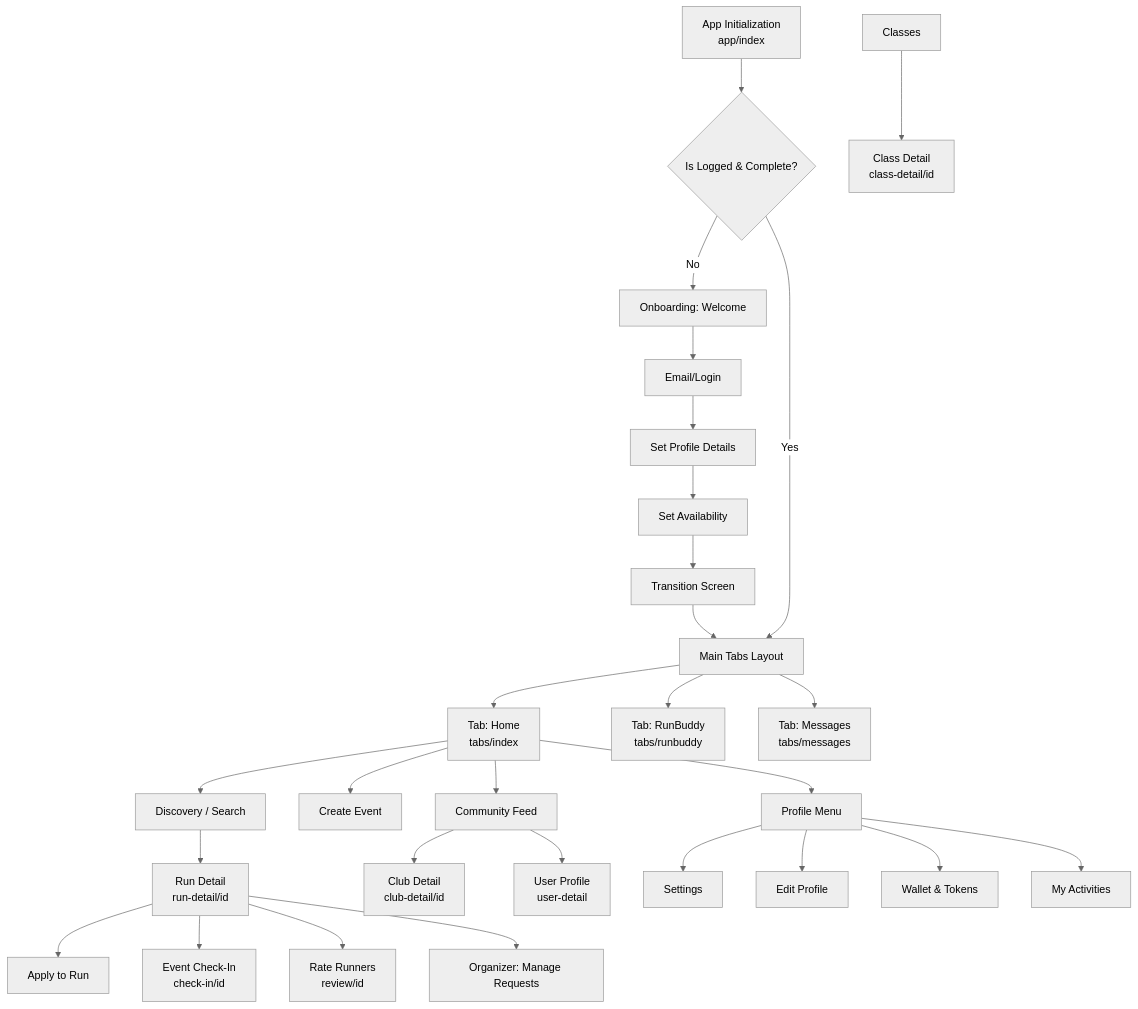
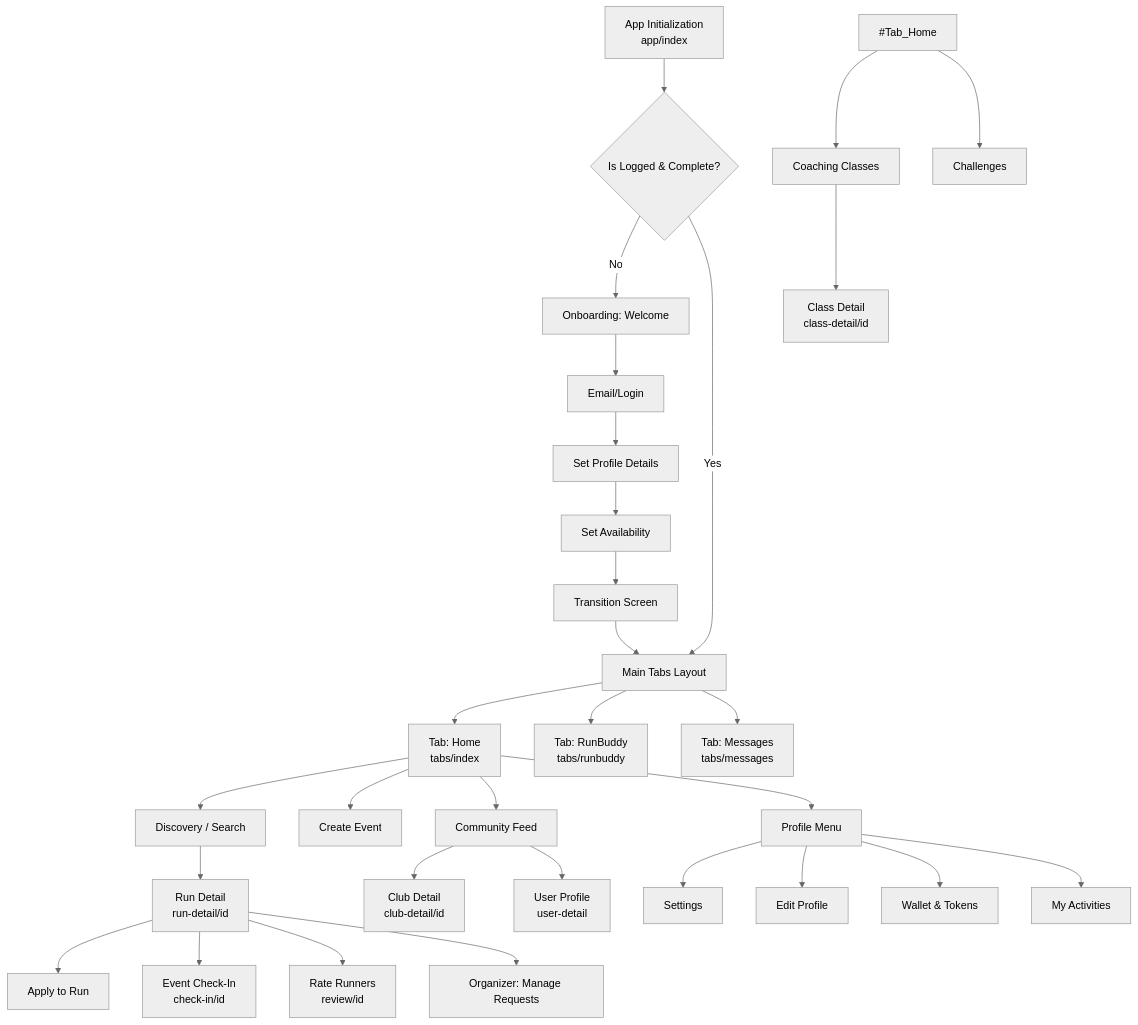
One commit to iloppini-max/LoccoLight changed the first of 5 diagrams in Flows.md. Above: the diagram before and after it, drawn with Mermaid (neutral theme). The commit also changed other lines of this file, not shown here.

Commit message:
LFE: Update Flows.md

````diff
--- a/Flows.md
+++ b/Flows.md
@@ -9,44 +9,46 @@
 ```mermaid
 graph TD
     %% Entry Point
     Entry[App Initialization \n app/index] --> AuthCheck{Is Logged & Complete?}
 
     %% Onboarding Flow
     AuthCheck -->|No| OB_Welcome[Onboarding: Welcome]
     OB_Welcome --> OB_Auth[Email/Login]
     OB_Auth --> OB_Profile[Set Profile Details]
     OB_Profile --> OB_Avail[Set Availability]
     OB_Avail --> OB_Trans[Transition Screen]
     OB_Trans --> MainTabs
 
     %% Main App (Tabs)
     AuthCheck -->|Yes| MainTabs[Main Tabs Layout]
     
     MainTabs --> Tab_Home[Tab: Home \n tabs/index]
     MainTabs --> Tab_RunBuddy[Tab: RunBuddy \n tabs/runbuddy]
     MainTabs --> Tab_Messages[Tab: Messages \n tabs/messages]
 
     %% Home Branches
     Tab_Home --> Discovery[Discovery / Search]
     Tab_Home --> Create[Create Event]
     Tab_Home --> Community[Community Feed]
+    #Tab_Home --> Classes[Coaching Classes]
+    #Tab_Home --> Challenges[Challenges]
     Tab_Home --> ProfileNav[Profile Menu]
 
     %% Deep Links from Home
     Discovery --> RunDetail[Run Detail \n run-detail/id]
     Community --> ClubDetail[Club Detail \n club-detail/id]
     Community --> UserDetail[User Profile \n user-detail]
     Classes --> ClassDetail[Class Detail \n class-detail/id]
 
     %% Profile Branches
     ProfileNav --> ProfileSettings[Settings]
     ProfileNav --> ProfileEdit[Edit Profile]
     ProfileNav --> Wallet[Wallet & Tokens]
     ProfileNav --> Activities[My Activities]
     
     %% Run Interactions Actions
     RunDetail --> Application[Apply to Run]
     RunDetail --> CheckIn[Event Check-In \n check-in/id]
     RunDetail --> Review[Rate Runners \n review/id]
     RunDetail --> MemberRequests[Organizer: Manage Requests]
 ```
````
